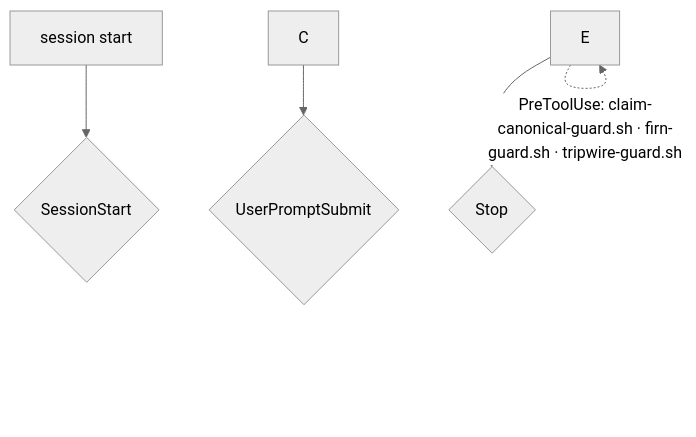
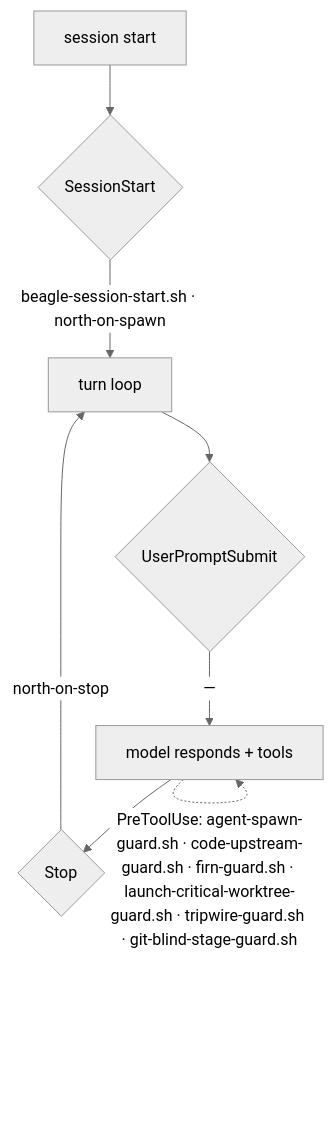
One commit to tompassarelli/firn changed the diagram in docs/claude/02-local-map.md. Above: the diagram before and after it, drawn with Mermaid (neutral theme). The commit also changed other lines of this file and 75 other files, not shown here.

````diff
--- a/docs/claude/02-local-map.md
+++ b/docs/claude/02-local-map.md
@@ -45,7 +48,10 @@
 ```mermaid
 flowchart TD
   A[session start] --> B{SessionStart}
+  B -->|"beagle-session-start.sh · north-on-spawn"| C[turn loop]
   C --> D{UserPromptSubmit}
-  E -.->|"PreToolUse: claim-canonical-guard.sh · firn-guard.sh · tripwire-guard.sh"| E
+  D -->|"—"| E["model responds + tools"]
+  E -.->|"PreToolUse: agent-spawn-guard.sh · code-upstream-guard.sh · firn-guard.sh · launch-critical-worktree-guard.sh · tripwire-guard.sh · git-blind-stage-guard.sh"| E
   E --> F{Stop}
+  F -->|"north-on-stop"| C
 ```
````
